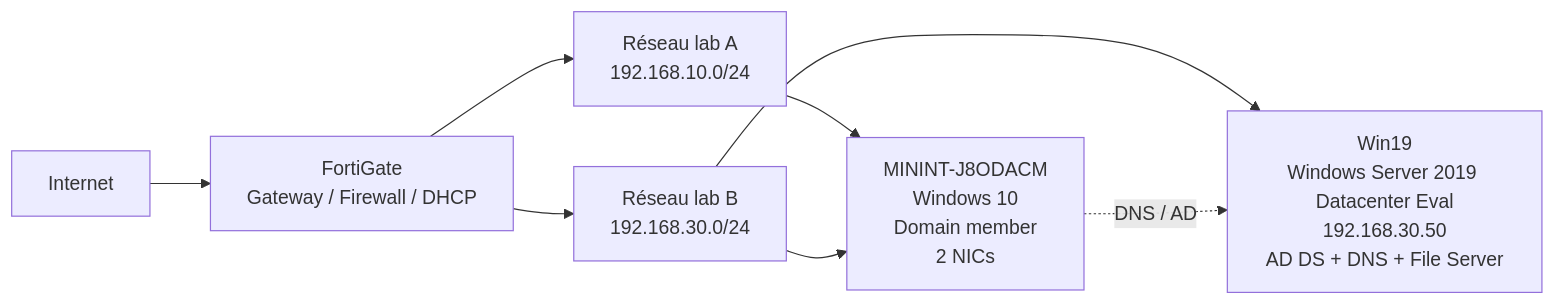
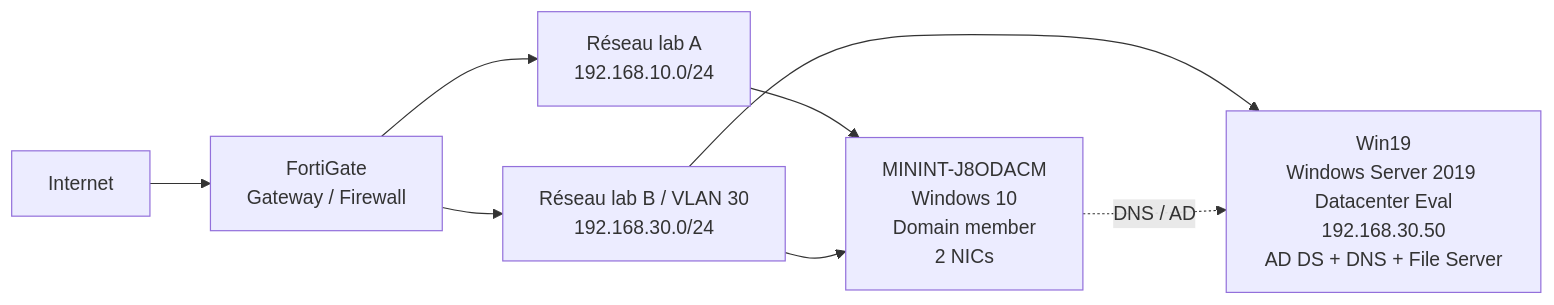
The diagram in projects/01-windows-server-ad/ARCHITECTURE.md (KenKaneki391/infrastructure-homelab-portfolio), drawn with Mermaid before and after one commit. The commit also changed other lines of this file, not shown here.

Commit message:
Document verified VLAN30 DHCP architecture

````diff
--- a/projects/01-windows-server-ad/ARCHITECTURE.md
+++ b/projects/01-windows-server-ad/ARCHITECTURE.md
@@ -7,17 +7,17 @@
 ```mermaid
 flowchart LR
     INTERNET[Internet]
-    FG[FortiGate\nGateway / Firewall / DHCP]
+    FG[FortiGate\nGateway / Firewall]
     NET10[Réseau lab A\n192.168.10.0/24]
-    NET30[Réseau lab B\n192.168.30.0/24]
+    NET30[Réseau lab B / VLAN 30\n192.168.30.0/24]
     DC[Win19\nWindows Server 2019 Datacenter Eval\n192.168.30.50\nAD DS + DNS + File Server]
     PC[MININT-J8ODACM\nWindows 10\nDomain member\n2 NICs]
 
     INTERNET --> FG
     FG --> NET10
     FG --> NET30
     NET30 --> DC
     NET10 --> PC
     NET30 --> PC
     PC -. DNS / AD .-> DC
 ```
````
